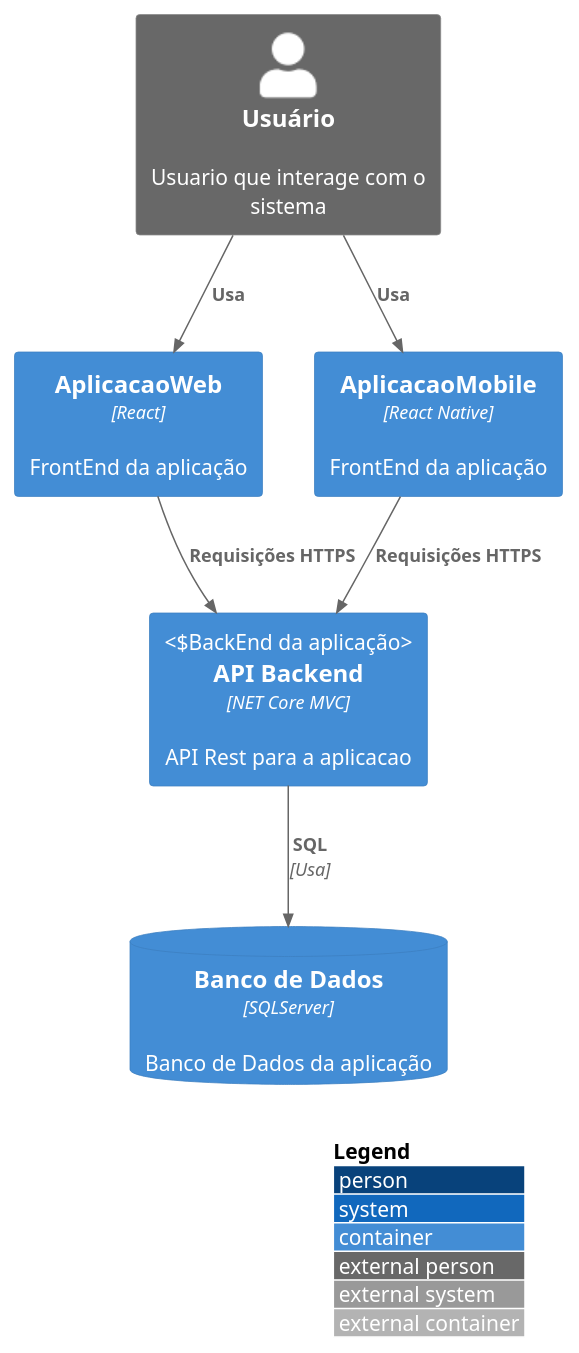
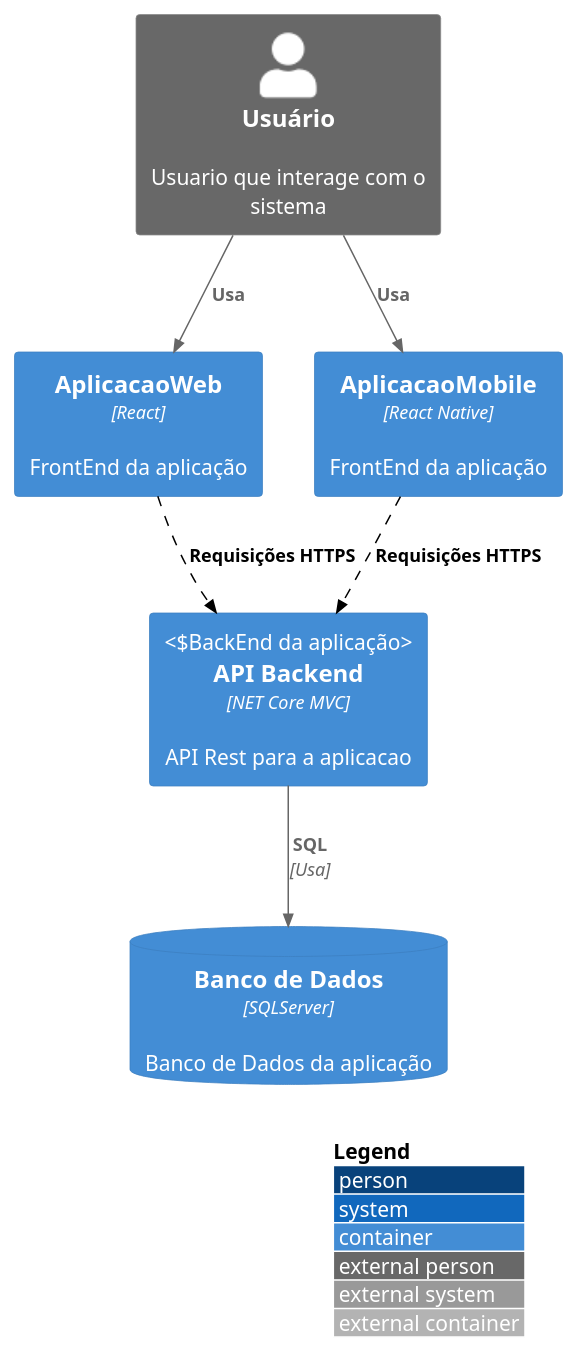
Before and after one commit to samoryfiotec/C4: the diagram in CPrincipais/Container.puml, drawn with PlantUML. The commit also changed 10 other files, not shown here.

First line of the commit message:
feat: Add email sending use case and related diagrams

```diff
--- a/CPrincipais/Container.puml
+++ b/CPrincipais/Container.puml
@@ -1,18 +1,20 @@
 @startuml AplicacaoContainer
 !includeurl https://raw.githubusercontent.com/plantuml-stdlib/C4-PlantUML/master/C4_Container.puml
 
 LAYOUT_WITH_LEGEND()
+
+AddRelTag("sync", $textColor="black", $lineColor="black", $lineStyle="dashed")
 
 Person_Ext(usuario, "Usuário", "Usuario que interage com o sistema")
 Container(webapp, "AplicacaoWeb", "React", "FrontEnd da aplicação")
 Container(mobileapp, "AplicacaoMobile", "React Native", "FrontEnd da aplicação")
 Container(api, "API Backend", "NET Core MVC", "API Rest para a aplicacao", "BackEnd da aplicação")
 ContainerDb(database, "Banco de Dados", "SQLServer", "Banco de Dados da aplicação")
 
 Rel(usuario, webapp, "Usa")
 Rel(usuario, mobileapp, "Usa")
-Rel(webapp, api, "Requisições HTTPS")
-Rel(mobileapp, api, "Requisições HTTPS")
+Rel(webapp, api, "Requisições HTTPS", $tags="sync")
+Rel(mobileapp, api, "Requisições HTTPS", $tags="sync")
 Rel(api, database, "SQL", "Usa")
 
 @enduml
```
